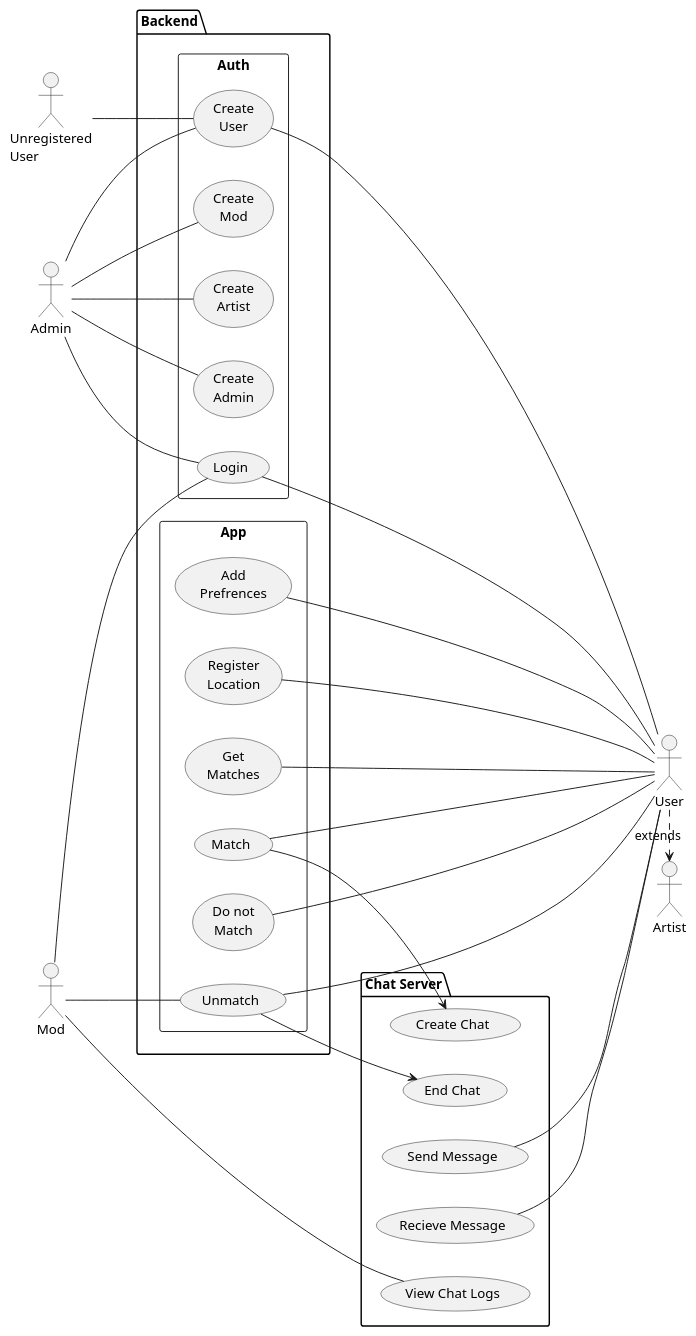
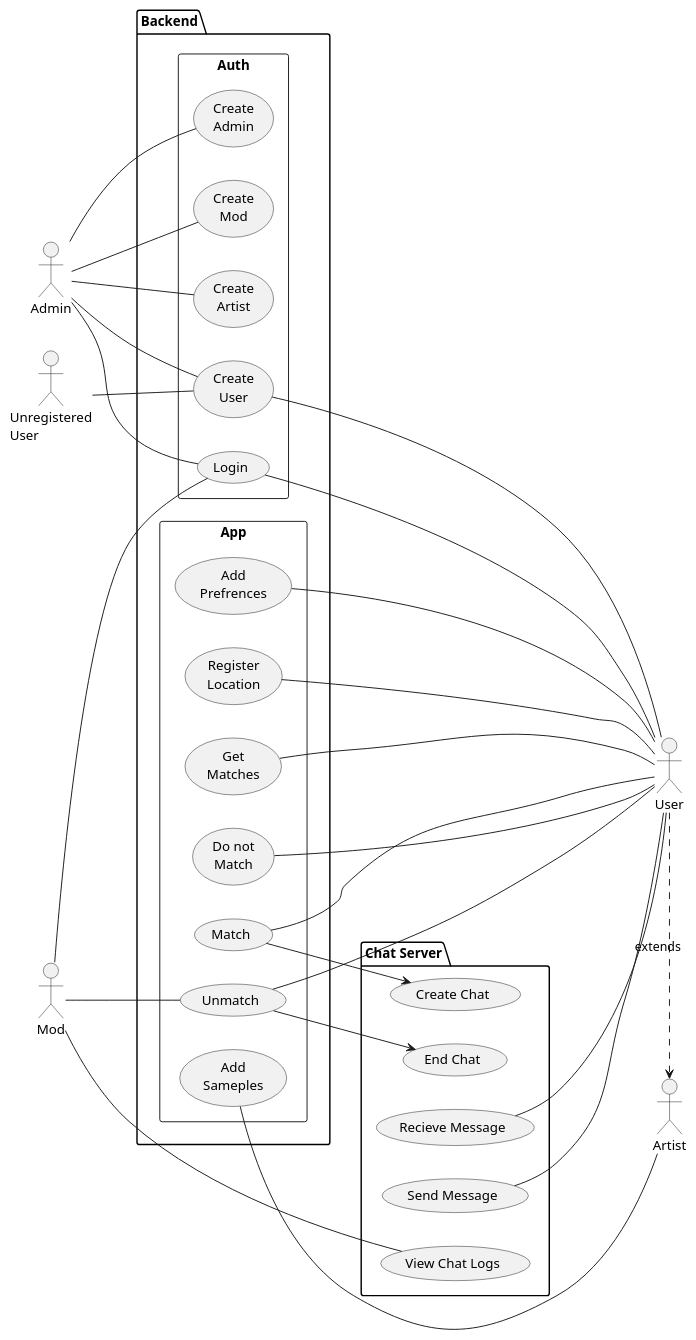
The diagram in usecase.pu (tattooder/design-diagrams), drawn with PlantUML before and after one commit.

Commit message:
Add artist method to usecase

```diff
--- a/usecase.pu
+++ b/usecase.pu
@@ -1,61 +1,63 @@
 @startuml UseCase
 
 left to right direction
 
 actor :Admin: as ac1
 actor :Mod: as ac2
 actor :User: as ac3
 actor :Artist: as ac4
 actor :Unregistered\nUser: as ac5
 
 package Backend {
     rectangle Auth {
         usecase "Create\nAdmin" as uc1
         usecase "Create\nMod" as uc2
         usecase "Create\nUser" as uc3
         usecase "Create\nArtist" as uc4
         usecase "Login" as uc5
     }
 
     rectangle App {
         usecase "Add\nPrefrences" as uc6
         usecase "Register\nLocation" as uc7
         usecase "Get\nMatches" as uc8
         usecase "Match" as uc9
         usecase "Do not\nMatch" as uc10
         usecase "Unmatch" as uc11
+        usecase "Add\nSameples" as uc12
     }
 } 
 
 package "Chat Server" {
     usecase "Create Chat" as uc13
     usecase "End Chat" as uc14
     usecase "Send Message" as uc15
     usecase "Recieve Message" as uc16
     usecase "View Chat Logs" as uc17
 }
 
 ac1 -- uc1
 ac1 -- uc2
 ac1 -- uc3
 ac1 -- uc4
 ac1 -- uc5
 ac2 -- uc5
 ac2 -- uc11
 ac2 -- uc17
 ac3 .> ac4 : extends
 uc3 --- ac3 
 uc5 --- ac3
 uc6 --- ac3
 uc7 --- ac3
 uc8 --- ac3
 uc9 --- ac3
 uc10 --- ac3
 uc11 --- ac3
 uc15 --- ac3
 uc16 --- ac3
+uc12 ---ac4
 ac5 -- uc3
 uc9 --> uc13
 uc11 --> uc14
 
 @enduml
```
